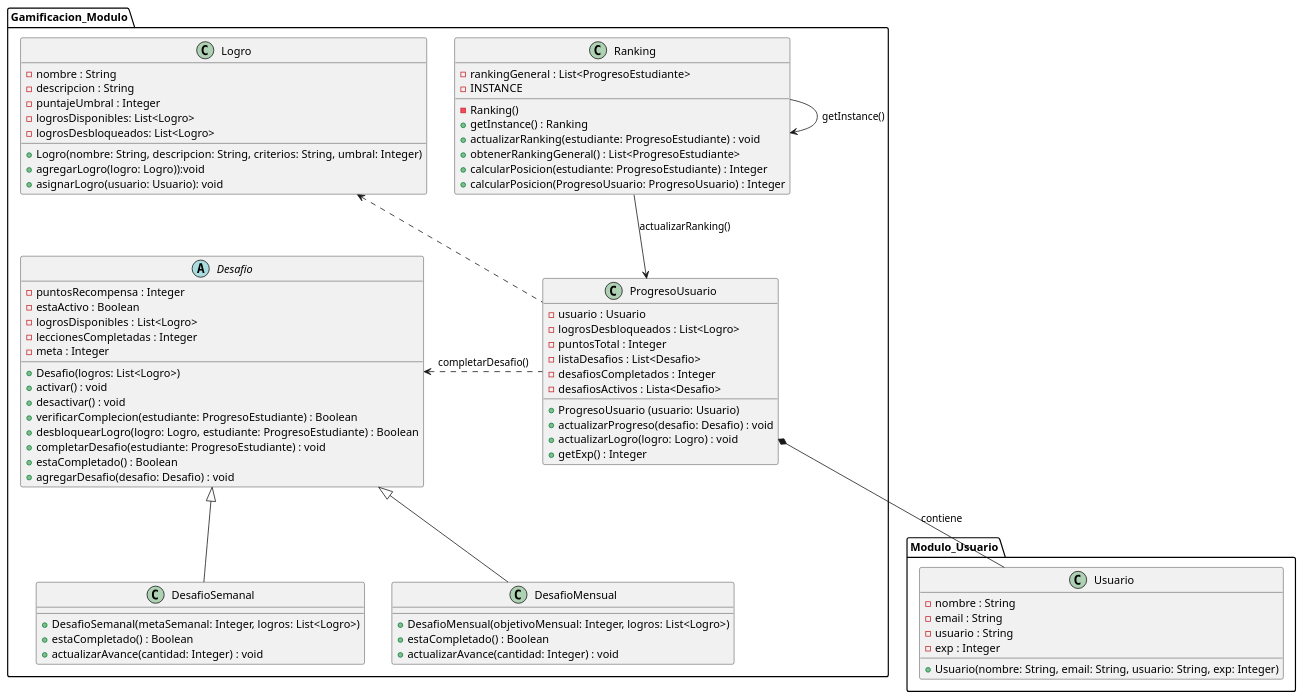
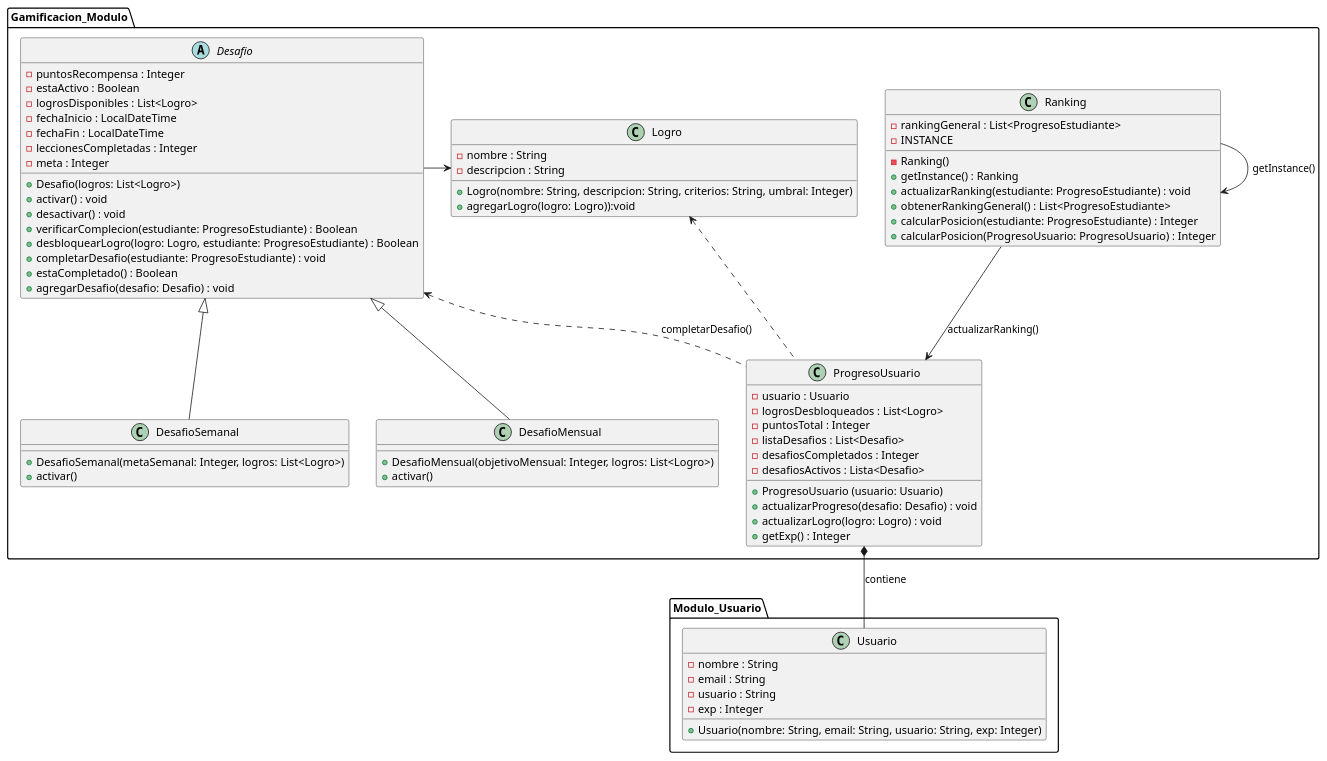
The diagram in src/main/java/Gamificacion_Modulo/Gamificación_Diagrama/DiagramaClasesGamificacion.puml (FernandoHuilca/HelloCode_Software), drawn with PlantUML before and after one commit.

Commit message:
Diagrama de clases final

```diff
--- a/src/main/java/Gamificacion_Modulo/Gamificación_Diagrama/DiagramaClasesGamificacion.puml
+++ b/src/main/java/Gamificacion_Modulo/Gamificación_Diagrama/DiagramaClasesGamificacion.puml
@@ -1,98 +1,95 @@
 @startuml
 package Modulo_Usuario {
 
     class Usuario {
             - nombre : String
             - email : String
             - usuario : String
             - exp : Integer
             + Usuario(nombre: String, email: String, usuario: String, exp: Integer)
         }
 
 }
 
 package "Gamificacion_Modulo" {
 
     class Logro {
         - nombre : String
         - descripcion : String
-        - puntajeUmbral : Integer
-        - logrosDisponibles: List<Logro>
-        - logrosDesbloqueados: List<Logro>
         + Logro(nombre: String, descripcion: String, criterios: String, umbral: Integer)
         + agregarLogro(logro: Logro)):void
-        + asignarLogro(usuario: Usuario): void
+
     }
 
     abstract class Desafio {
         - puntosRecompensa : Integer
         - estaActivo : Boolean
         - logrosDisponibles : List<Logro>
+        - fechaInicio : LocalDateTime
+        - fechaFin : LocalDateTime
         - leccionesCompletadas : Integer
         - meta : Integer
         'Cual es la diferencia entre verificarComplecion y estaCompletado?
         + Desafio(logros: List<Logro>)
         + activar() : void
         + desactivar() : void
         + verificarComplecion(estudiante: ProgresoEstudiante) : Boolean
         + desbloquearLogro(logro: Logro, estudiante: ProgresoEstudiante) : Boolean
         + completarDesafio(estudiante: ProgresoEstudiante) : void
         + estaCompletado() : Boolean
         +agregarDesafio(desafio: Desafio) : void
     }
 
     class DesafioSemanal {
 
         + DesafioSemanal(metaSemanal: Integer, logros: List<Logro>)
-        + estaCompletado() : Boolean
-        + actualizarAvance(cantidad: Integer) : void
+        + activar()
     }
 
     class DesafioMensual {
 
         + DesafioMensual(objetivoMensual: Integer, logros: List<Logro>)
-        + estaCompletado() : Boolean
-        + actualizarAvance(cantidad: Integer) : void
+        + activar()
     }
 
     class ProgresoUsuario {
         - usuario : Usuario
         - logrosDesbloqueados : List<Logro>
         - puntosTotal : Integer
         - listaDesafios : List<Desafio>
         - desafiosCompletados : Integer
         - desafiosActivos : Lista<Desafio>
 
         + ProgresoUsuario (usuario: Usuario)
         + actualizarProgreso(desafio: Desafio) : void
         + actualizarLogro(logro: Logro) : void
         + getExp() : Integer
     }
 
     class Ranking {
         - rankingGeneral : List<ProgresoEstudiante>
         -INSTANCE
         - Ranking()
         + getInstance() : Ranking
         + actualizarRanking(estudiante: ProgresoEstudiante) : void
         + obtenerRankingGeneral() : List<ProgresoEstudiante>
         + calcularPosicion(estudiante: ProgresoEstudiante) : Integer
         + calcularPosicion(ProgresoUsuario: ProgresoUsuario) : Integer
     }
     Ranking ->Ranking: getInstance()
     ' Relaciones de Herencia
     Desafio <|-- DesafioSemanal
     Desafio <|-- DesafioMensual
 
     ' Relaciones de Composición
     ProgresoUsuario *-- Usuario : "contiene"
 
 
     ' Relaciones de Dependencia
     Logro <.. ProgresoUsuario
     Desafio <. ProgresoUsuario : "completarDesafio()"
     Ranking --> ProgresoUsuario : "actualizarRanking()"
-
+    Desafio -> Logro
 }
 
 @enduml
```
